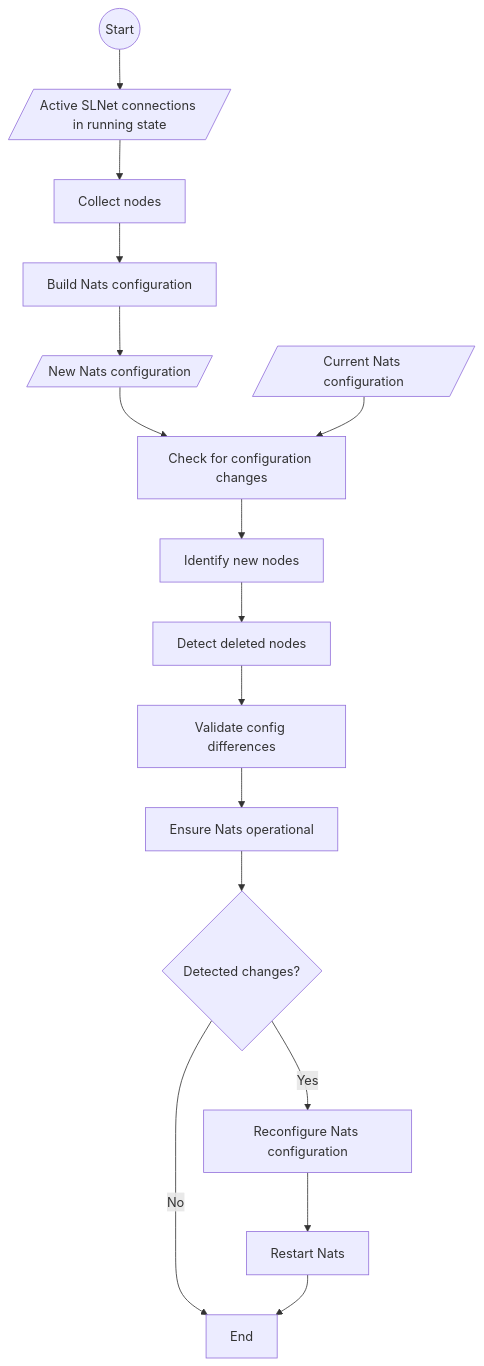
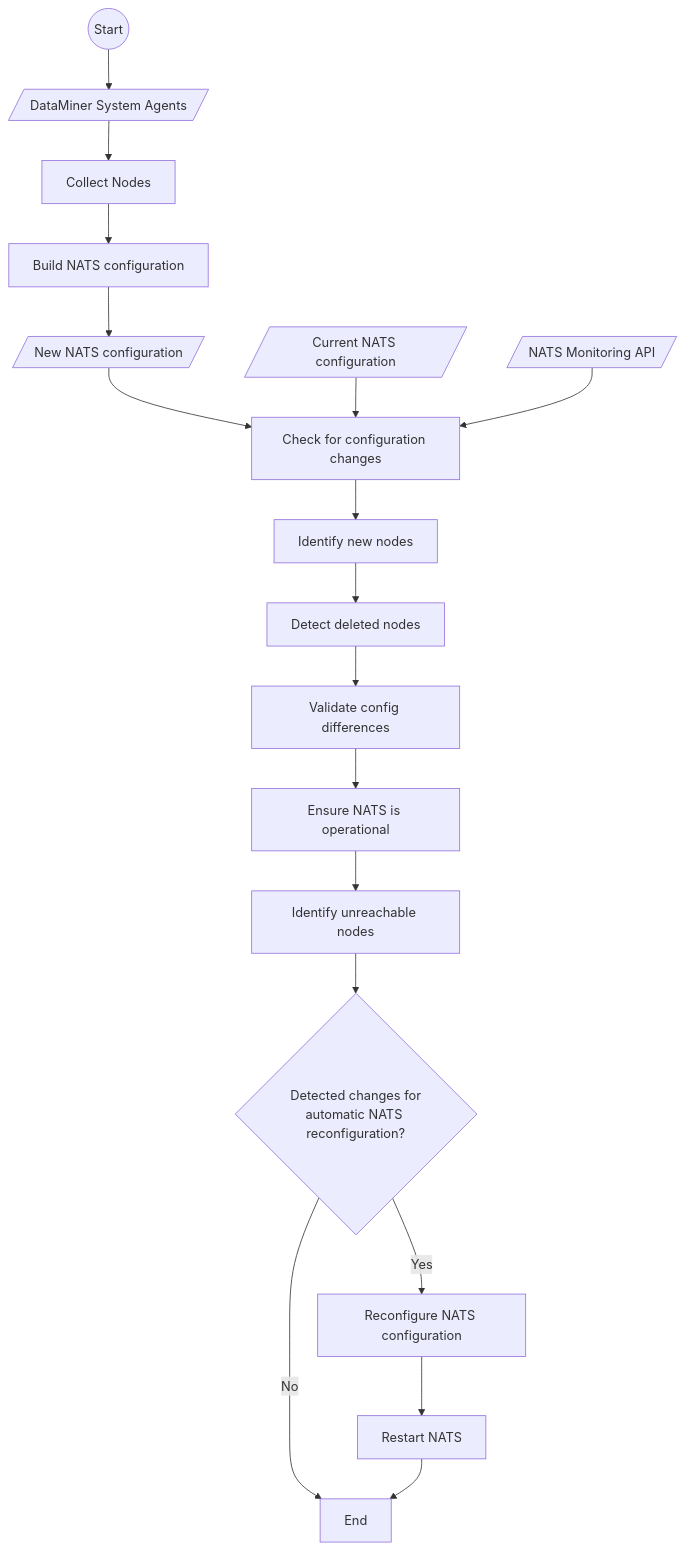
One commit to SkylineCommunications/dataminer-docs changed the first of 2 diagrams in user-guide/Reference/Technical_information/NatsCustodian.md. Above: the diagram before and after it, drawn with Mermaid. The commit also changed other lines of this file, not shown here.

Commit message:
Initial review (flowcharts not included)

````diff
--- a/user-guide/Reference/Technical_information/NatsCustodian.md
+++ b/user-guide/Reference/Technical_information/NatsCustodian.md
@@ -15,18 +17,21 @@
 ```mermaid
 flowchart TD
-    Start((Start)) --> S1
-    S1[/Active SLNet connections in running state/] --> S2
-    S2[Collect nodes] --> S3
-    S3[Build Nats configuration] --> S4A
-    S4A[/New Nats configuration/] --> S5
-    S4B[/Current Nats configuration/] --> S5
-    S5[Check for configuration changes] --> S6
-    S6[Identify new nodes] --> S7
-    S7[Detect deleted nodes] --> S8
-    S8[Validate config differences] --> S9
-    S9[Ensure Nats operational] --> Q1
-    Q1{Detected changes?} -->|Yes|A1A
-    Q1 -->|No|End
-    A1A[Reconfigure Nats configuration] --> S10
-    S10[Restart Nats] --> End
+Start((Start)) --> S1
+S1[/DataMiner System Agents/] --> S2
+S2[Collect Nodes] --> S3
+S3[Build NATS configuration] --> S4
+S4[/New NATS configuration/] --> S5
+S4A[/Current NATS configuration/] --> S5
+S4B[/NATS Monitoring API/] --> S5
+S5[Check for configuration changes] --> S6
+S6[Identify new nodes] --> S7
+S7[Detect deleted nodes] --> S8
+S8[Validate config differences] --> S9
+S9[Ensure NATS is operational] --> S10
+S10[Identify unreachable nodes] --> Q1
+Q1{Detected changes for
+automatic NATS reconfiguration?} -->|Yes| A1
+Q1 -->|No| End
+A1[Reconfigure NATS configuration] --> A1S2
+A1S2[Restart NATS] --> End
 ```
````
